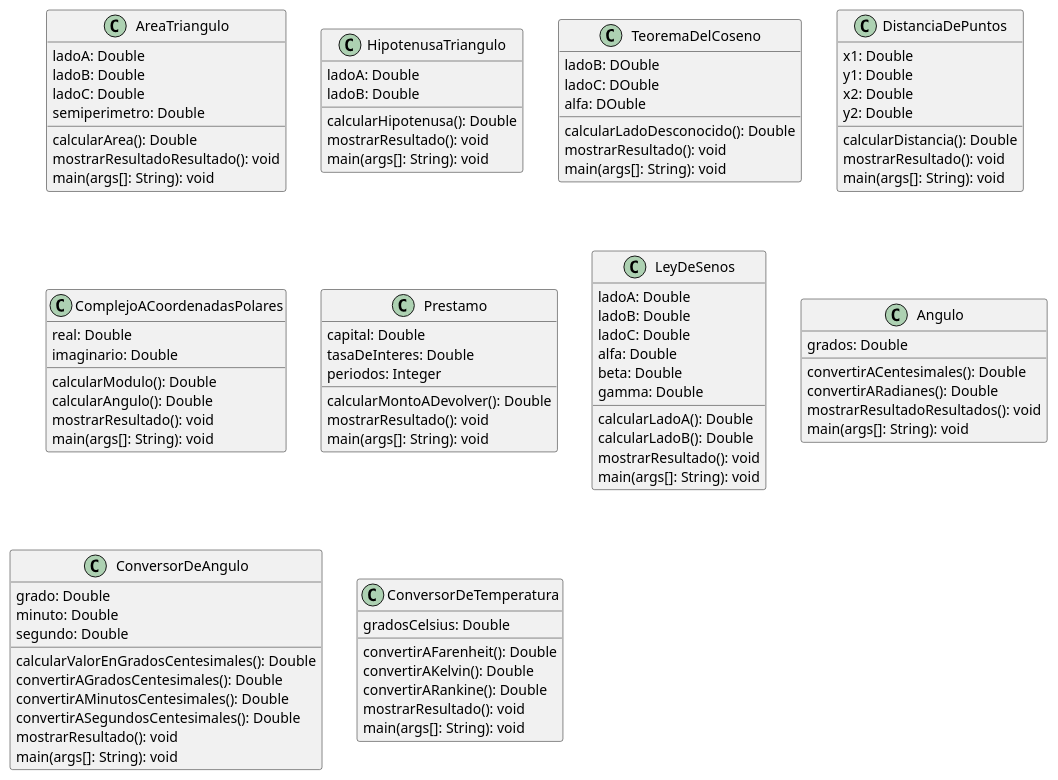
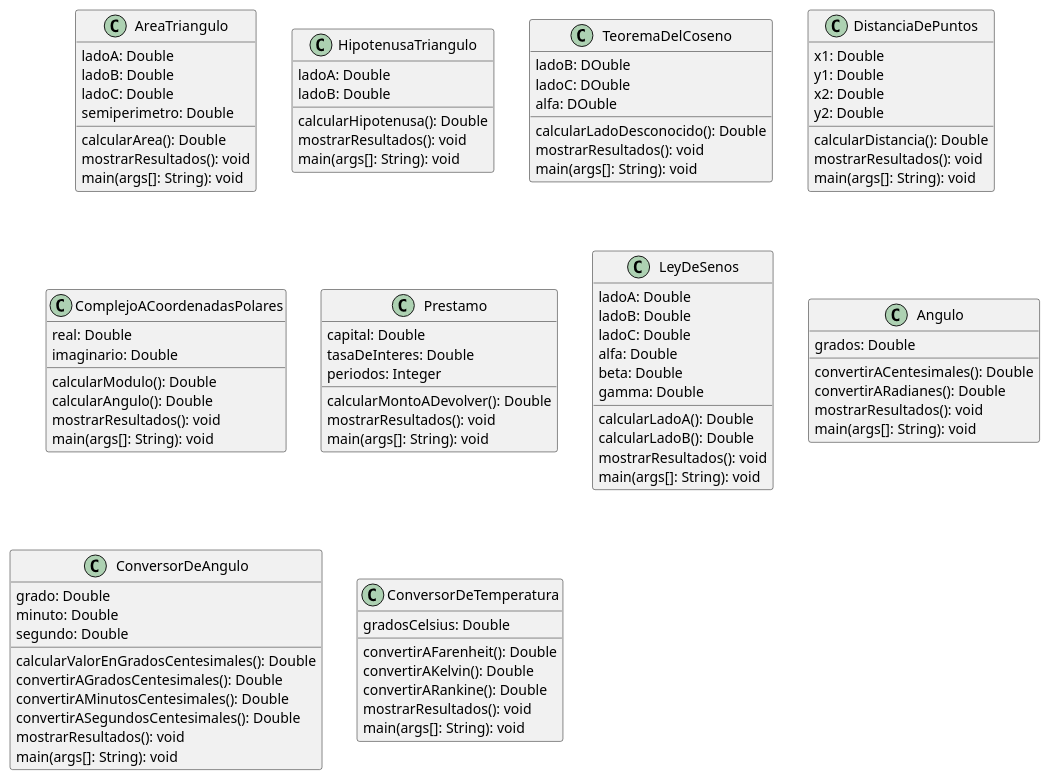
One commit to wilmervasquez/learn-java-practice-1 changed the diagram in entidades.plantuml. Above: the diagram before and after it, drawn with PlantUML. The commit also changed 2 other files, not shown here.

```diff
--- a/entidades.plantuml
+++ b/entidades.plantuml
@@ -1,104 +1,104 @@
 @startuml y
 ' 1.11
 class AreaTriangulo {
   ladoA: Double
   ladoB: Double
   ladoC: Double
   semiperimetro: Double
   calcularArea(): Double
-  mostrarResultadoResultado(): void
+  mostrarResultados(): void
   main(args[]: String): void
 }
 
 ' 1.12
 class HipotenusaTriangulo {
   ladoA: Double
   ladoB: Double
   calcularHipotenusa(): Double
-  mostrarResultado(): void
+  mostrarResultados(): void
   main(args[]: String): void
 }
 ' 1.13
 class TeoremaDelCoseno {
   ladoB: DOuble
   ladoC: DOuble
   alfa: DOuble
   calcularLadoDesconocido(): Double
-  mostrarResultado(): void
+  mostrarResultados(): void
   main(args[]: String): void
 }
 
 ' 1.14
 class DistanciaDePuntos {
   x1: Double
   y1: Double
   x2: Double
   y2: Double
   calcularDistancia(): Double
-  mostrarResultado(): void
+  mostrarResultados(): void
   main(args[]: String): void
 }
 
 ' 1.15
 class ComplejoACoordenadasPolares {
   real: Double
   imaginario: Double
   calcularModulo(): Double
   calcularAngulo(): Double
-  mostrarResultado(): void
+  mostrarResultados(): void
   main(args[]: String): void
 }
 ' 1.16
 class Prestamo {
   capital: Double
   tasaDeInteres: Double
   periodos: Integer
   calcularMontoADevolver(): Double
-  mostrarResultado(): void
+  mostrarResultados(): void
   main(args[]: String): void
 }
 ' 1.17
 class LeyDeSenos {
   ladoA: Double
   ladoB: Double
   ladoC: Double
   alfa: Double
   beta: Double
   gamma: Double
   calcularLadoA(): Double 
   calcularLadoB(): Double 
-  mostrarResultado(): void
+  mostrarResultados(): void
   main(args[]: String): void
 }
 
 ' 1.18
 class Angulo {
   grados: Double
   convertirACentesimales(): Double
   convertirARadianes(): Double
-  mostrarResultadoResultados(): void
+  mostrarResultados(): void
   main(args[]: String): void
 }
 
 ' 1.19
 class ConversorDeAngulo {
   grado: Double 
   minuto: Double
   segundo: Double
   calcularValorEnGradosCentesimales(): Double
   convertirAGradosCentesimales(): Double
   convertirAMinutosCentesimales(): Double
   convertirASegundosCentesimales(): Double
-  mostrarResultado(): void
+  mostrarResultados(): void
   main(args[]: String): void
 }
 ' 1.20
 class ConversorDeTemperatura {
   gradosCelsius: Double
   convertirAFarenheit(): Double
   convertirAKelvin(): Double
   convertirARankine(): Double
-  mostrarResultado(): void
+  mostrarResultados(): void
   main(args[]: String): void
 }
 @enduml
```
